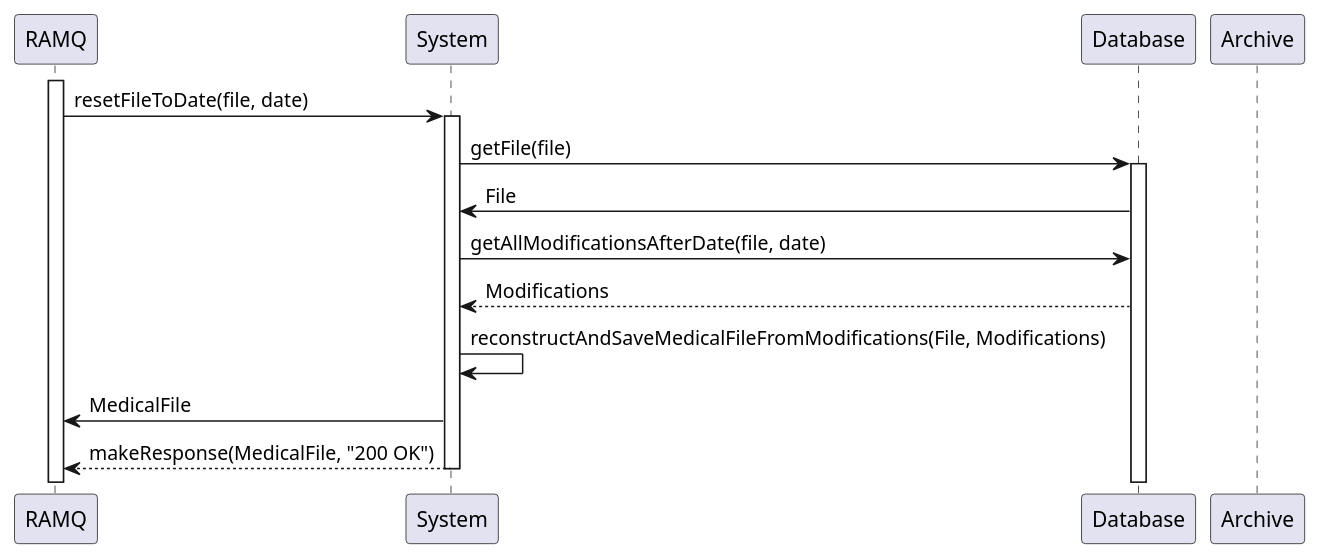
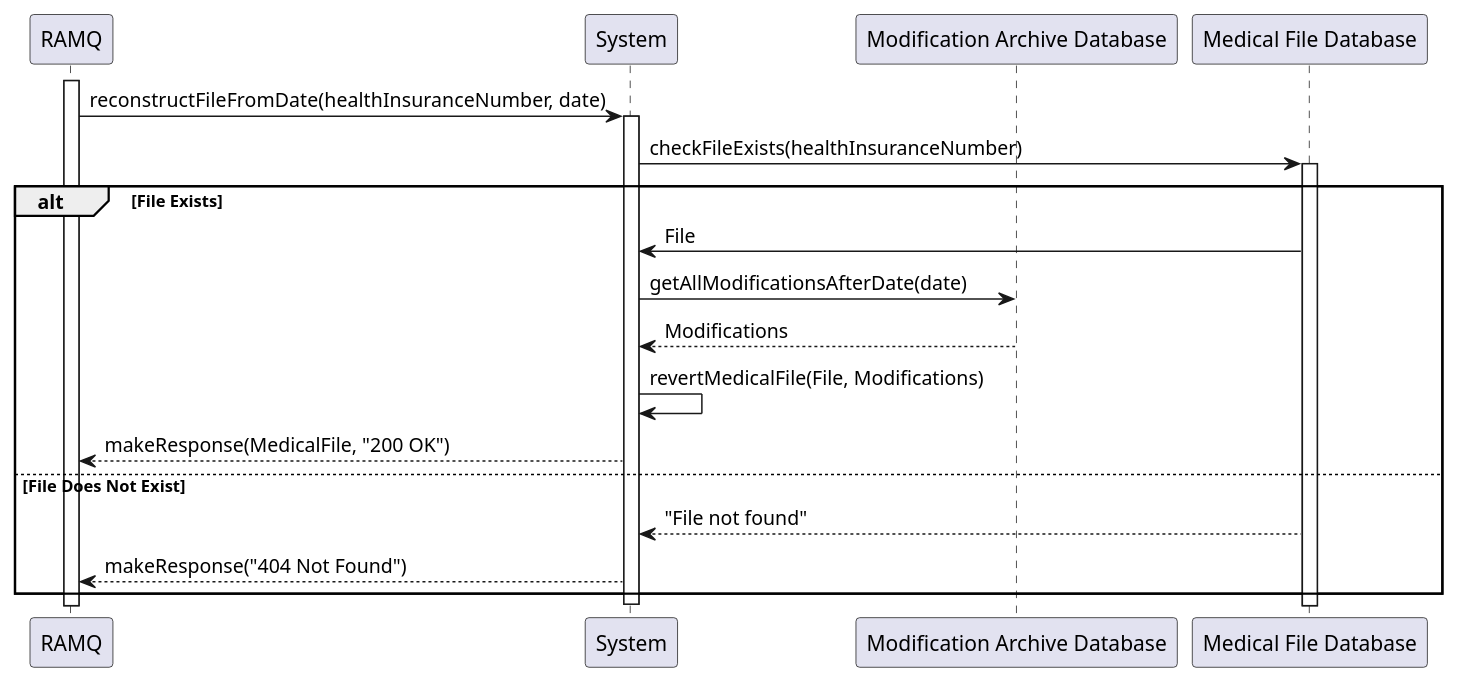
The diagram in plantUml/sequence-reconstrunct-Date.puml (KevenJAntenor/Quebec-Centralized-Medical-Record-System), drawn with PlantUML before and after one commit. The commit also changed 8 other files, not shown here.

Commit message:
Fix exisiting sequence diagram

```diff
--- a/plantUml/sequence-reconstrunct-Date.puml
+++ b/plantUml/sequence-reconstrunct-Date.puml
@@ -1,22 +1,27 @@
 @startuml
 
 participant "RAMQ" as RAMQ
 participant "System" as System
-participant "Database" as Database
+participant "Modification Archive Database" as Database
+participant "Medical File Database" as MedicalDatabase
 
 activate RAMQ
-RAMQ -> System: resetFileToDate(file, date)
+RAMQ -> System: reconstructFileFromDate(healthInsuranceNumber, date)
 activate System
-System -> Database: getFile(file)
-activate Database
-Database -> System: File
-System -> Database: getAllModificationsAfterDate(file, date)
-Database --> System: Modifications
-deactivate Archive
-System -> System: reconstructAndSaveMedicalFileFromModifications(File, Modifications)
-System -> RAMQ: MedicalFile
-System --> RAMQ: makeResponse(MedicalFile, "200 OK")
+System -> MedicalDatabase: checkFileExists(healthInsuranceNumber)
+activate MedicalDatabase
+alt File Exists
+    MedicalDatabase -> System: File
+    System -> Database: getAllModificationsAfterDate(date)
+    Database --> System: Modifications
+    System -> System: revertMedicalFile(File, Modifications)
+    System --> RAMQ: makeResponse(MedicalFile, "200 OK")
+else File Does Not Exist
+    MedicalDatabase --> System: "File not found"
+    System --> RAMQ: makeResponse("404 Not Found")
+end
+
 
 deactivate System
 
 @enduml
```
